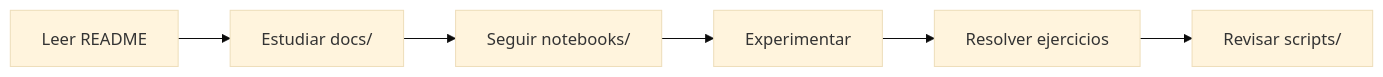
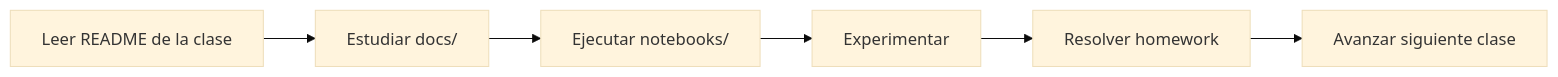
Before and after one commit to Mgobeaalcoba/data_science_henry: the first of 2 diagrams in ARCHITECTURE.md, drawn with Mermaid (base theme). The commit also changed other lines of this file and 11 other files, not shown here.

````diff
--- a/ARCHITECTURE.md
+++ b/ARCHITECTURE.md
@@ -157,8 +218,8 @@
 ```mermaid
 graph LR
-    A[Leer README] --> B[Estudiar docs/]
-    B --> C[Seguir notebooks/]
+    A[Leer README de la clase] --> B[Estudiar docs/]
+    B --> C[Ejecutar notebooks/]
     C --> D[Experimentar]
-    D --> E[Resolver ejercicios]
-    E --> F[Revisar scripts/]
+    D --> E[Resolver homework]
+    E --> F[Avanzar siguiente clase]
 ```
````
